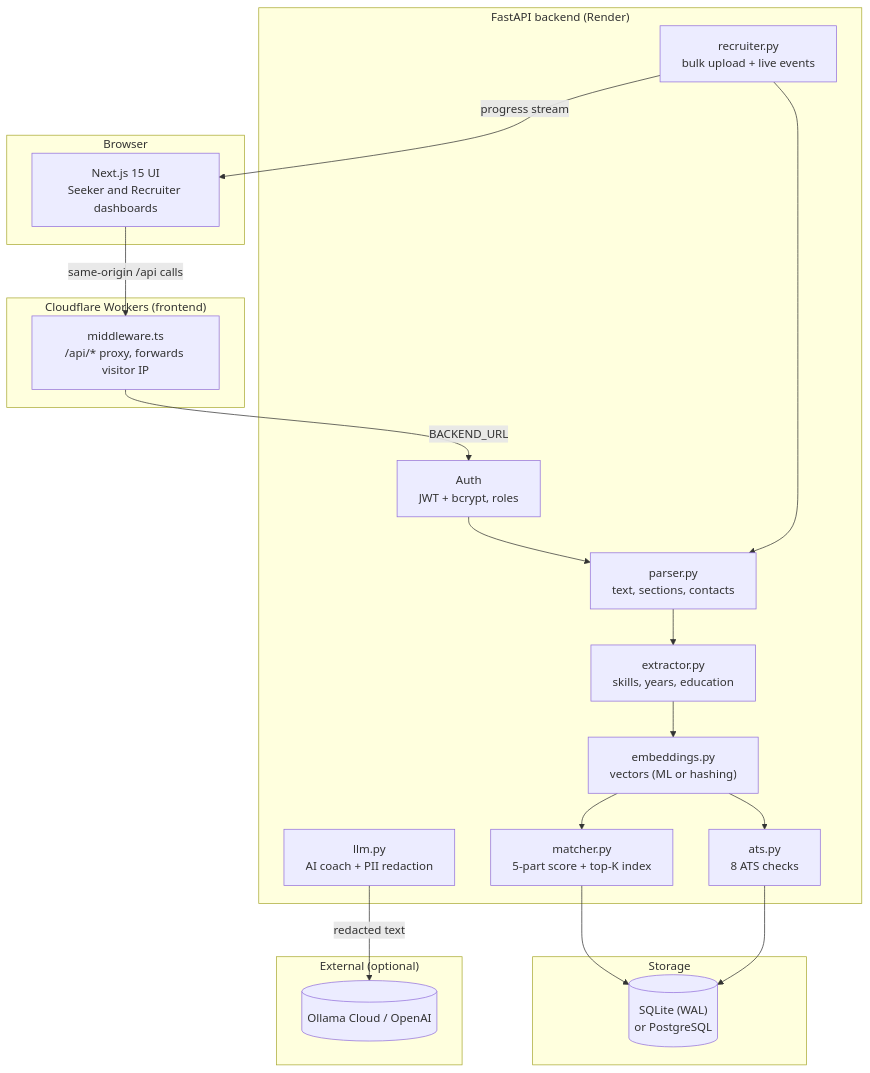
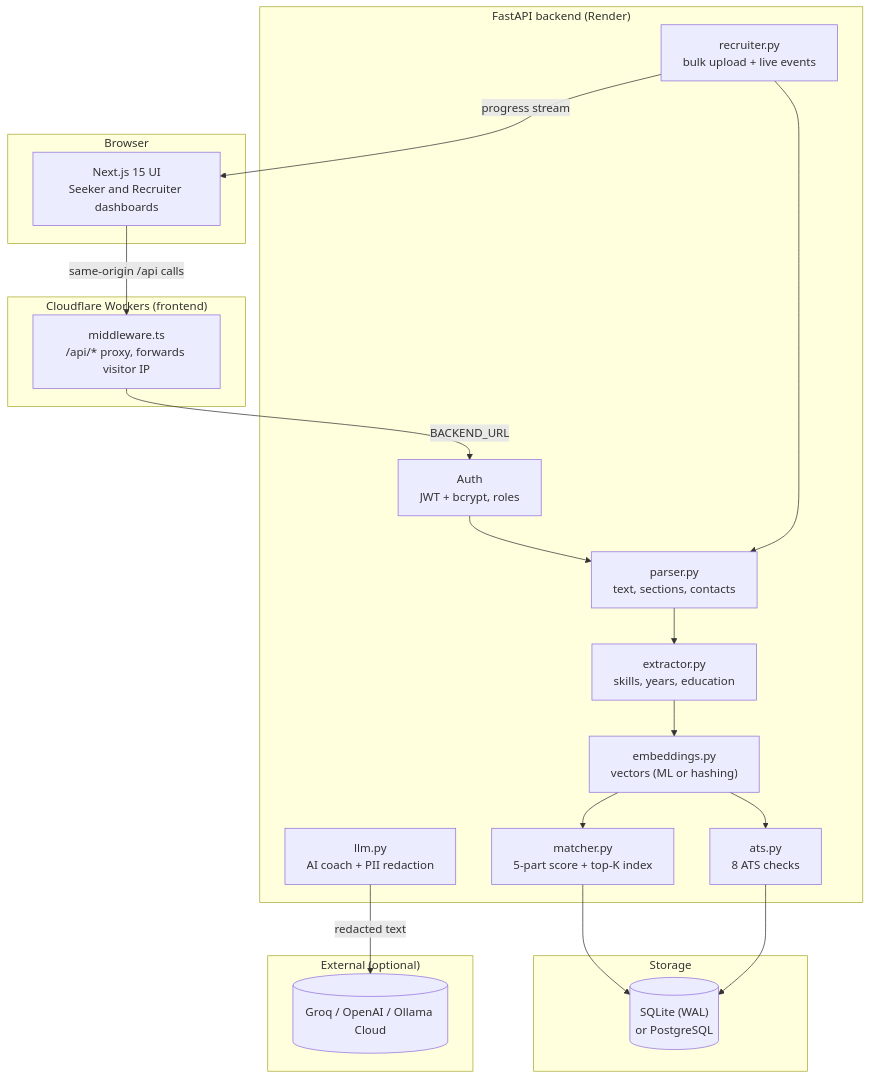
The diagram in README.md (mdharishsuhaib/CVerity), drawn with Mermaid before and after one commit. The commit also changed other lines of this file and 5 other files, not shown here.

````diff
--- a/README.md
+++ b/README.md
@@ -106,39 +106,39 @@
 ```mermaid
 flowchart TD
     subgraph Client["Browser"]
         UI["Next.js 15 UI<br/>Seeker and Recruiter dashboards"]
     end
 
     subgraph Edge["Cloudflare Workers (frontend)"]
         Proxy["middleware.ts<br/>/api/* proxy, forwards visitor IP"]
     end
 
     subgraph Backend["FastAPI backend (Render)"]
         Auth["Auth<br/>JWT + bcrypt, roles"]
         Parser["parser.py<br/>text, sections, contacts"]
         Extractor["extractor.py<br/>skills, years, education"]
         Embed["embeddings.py<br/>vectors (ML or hashing)"]
         ATS["ats.py<br/>8 ATS checks"]
         Matcher["matcher.py<br/>5-part score + top-K index"]
         Coach["llm.py<br/>AI coach + PII redaction"]
         SSE["recruiter.py<br/>bulk upload + live events"]
     end
 
     subgraph Data["Storage"]
         DB[("SQLite (WAL)<br/>or PostgreSQL")]
     end
 
     subgraph External["External (optional)"]
-        LLM[("Ollama Cloud / OpenAI")]
+        LLM[("Groq / OpenAI / Ollama Cloud")]
     end
 
     UI -- "same-origin /api calls" --> Proxy
     Proxy -- "BACKEND_URL" --> Auth
     Auth --> Parser --> Extractor --> Embed --> ATS
     Embed --> Matcher
     SSE --> Parser
     Matcher --> DB
     ATS --> DB
     Coach -- "redacted text" --> LLM
     SSE -- "progress stream" --> UI
 ```
````
